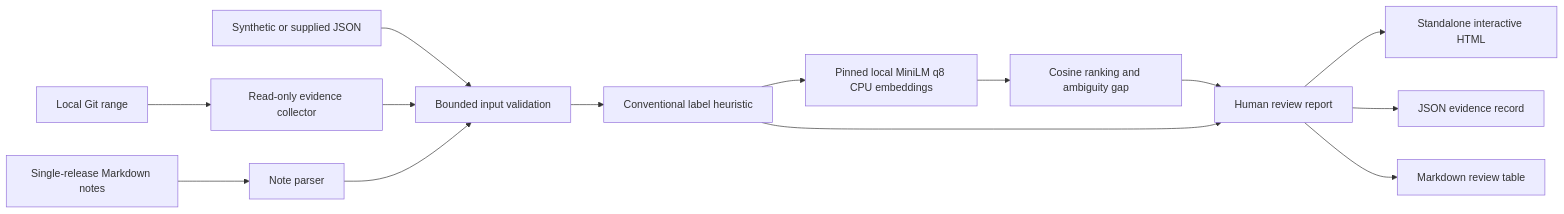
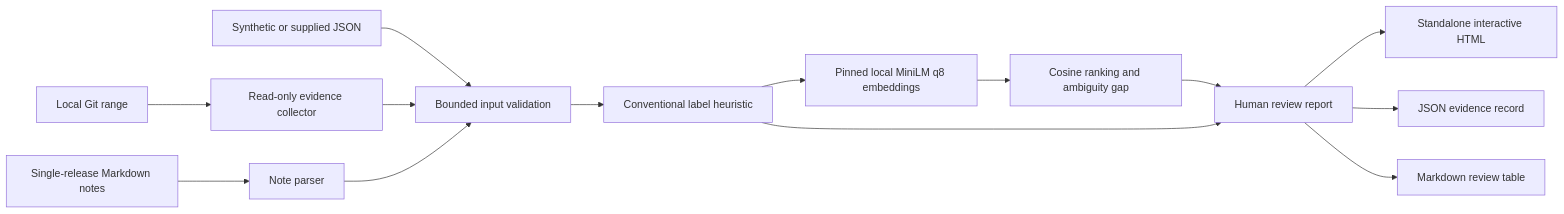
Before and after one commit to JunaidAhamed-7777/release-sieve: the diagram in docs/ARCHITECTURE.md, drawn with Mermaid. The commit also changed other lines of this file and 45 other files, not shown here.

````diff
--- a/docs/ARCHITECTURE.md
+++ b/docs/ARCHITECTURE.md
@@ -3,16 +3,16 @@
 ```mermaid
 flowchart LR
   G[Local Git range] --> C[Read-only evidence collector]
   J[Synthetic or supplied JSON] --> V[Bounded input validation]
   C --> V
   N[Single-release Markdown notes] --> P[Note parser]
   P --> V
   V --> H[Conventional label heuristic]
-  H --> M[Pinned local MiniLM q8 CPU embeddings]
+  H --> M[Pinned local MiniLM q8 embeddings]
   M --> S[Cosine ranking and ambiguity gap]
   S --> R[Human review report]
   H --> R
   R --> HTML[Standalone interactive HTML]
   R --> JSON[JSON evidence record]
   R --> MD[Markdown review table]
 ```
````
